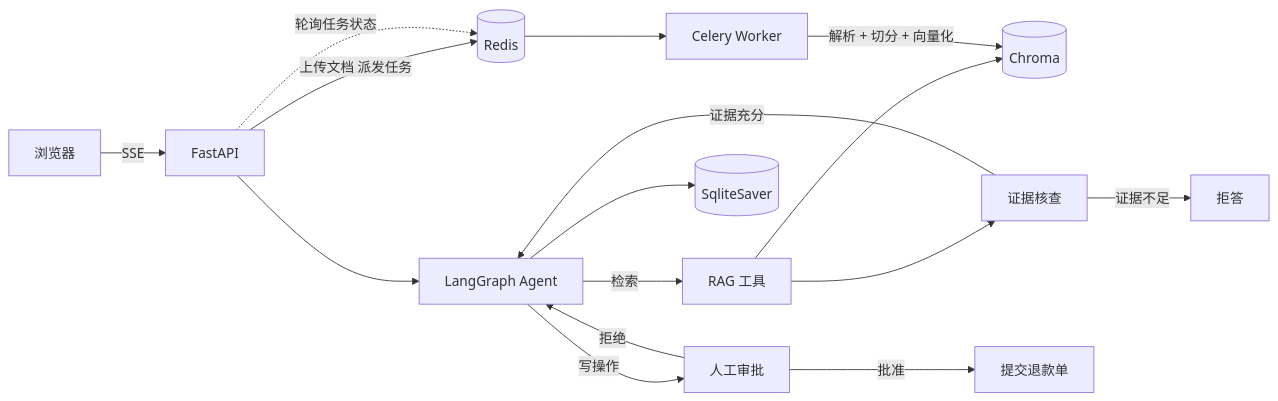
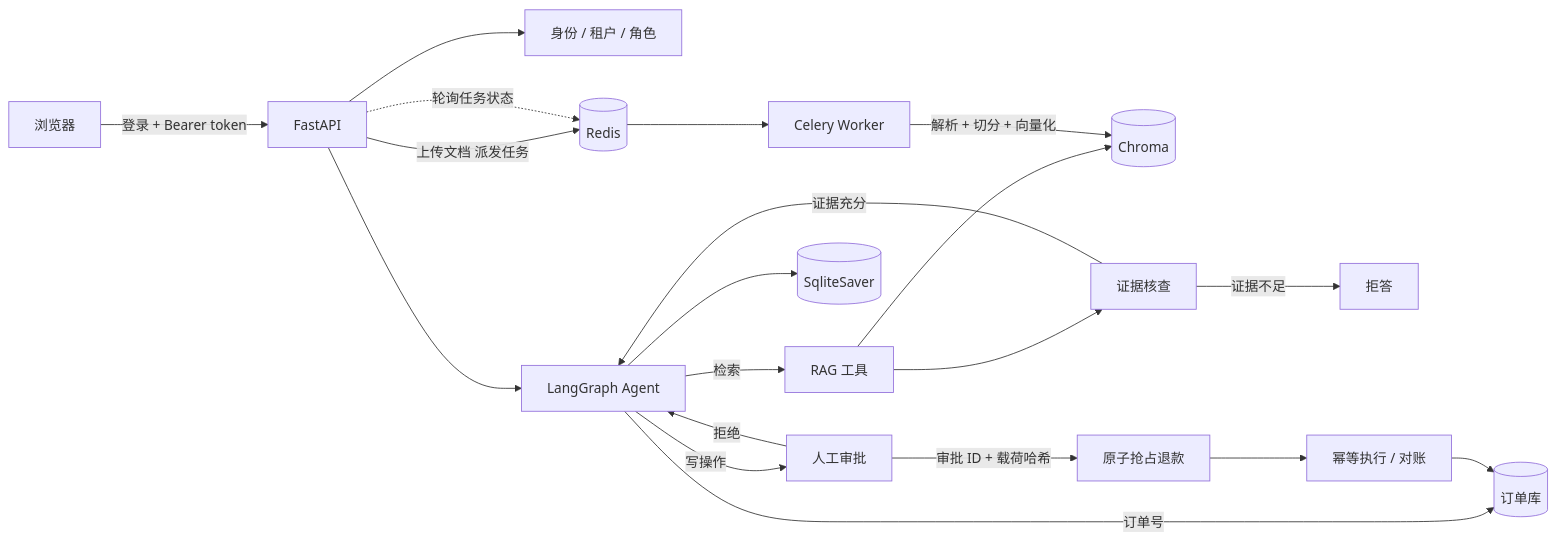
One commit to thinkrang/after-sales-agent changed the diagram in README.md. Above: the diagram before and after it, drawn with Mermaid. The commit also changed other lines of this file and 37 other files, not shown here.

````diff
--- a/README.md
+++ b/README.md
@@ -86,19 +89,23 @@
 ```mermaid
 flowchart LR
-    U[浏览器] -->|SSE| API[FastAPI]
+    U[浏览器] -->|登录 + Bearer token| API[FastAPI]
+    API --> AUTH[身份 / 租户 / 角色]
     API --> AG[LangGraph Agent]
+    AG -->|订单号| ORDERS[(订单库)]
     AG -->|检索| RAG[RAG 工具]
     RAG --> VDB[(Chroma)]
     RAG --> GATE[证据核查]
     GATE -->|证据不足| REFUSE[拒答]
     GATE -->|证据充分| AG
     AG -->|写操作| HITL[人工审批]
-    HITL -->|批准| TOOL[提交退款单]
+    HITL -->|审批 ID + 载荷哈希| TOOL[原子抢占退款]
+    TOOL --> EXEC[幂等执行 / 对账]
+    EXEC --> ORDERS
     HITL -->|拒绝| AG
     AG --> CP[(SqliteSaver)]
 
     API -->|上传文档 派发任务| REDIS[(Redis)]
     REDIS --> WORKER[Celery Worker]
     WORKER -->|解析 + 切分 + 向量化| VDB
     API -.->|轮询任务状态| REDIS
 ```
````
